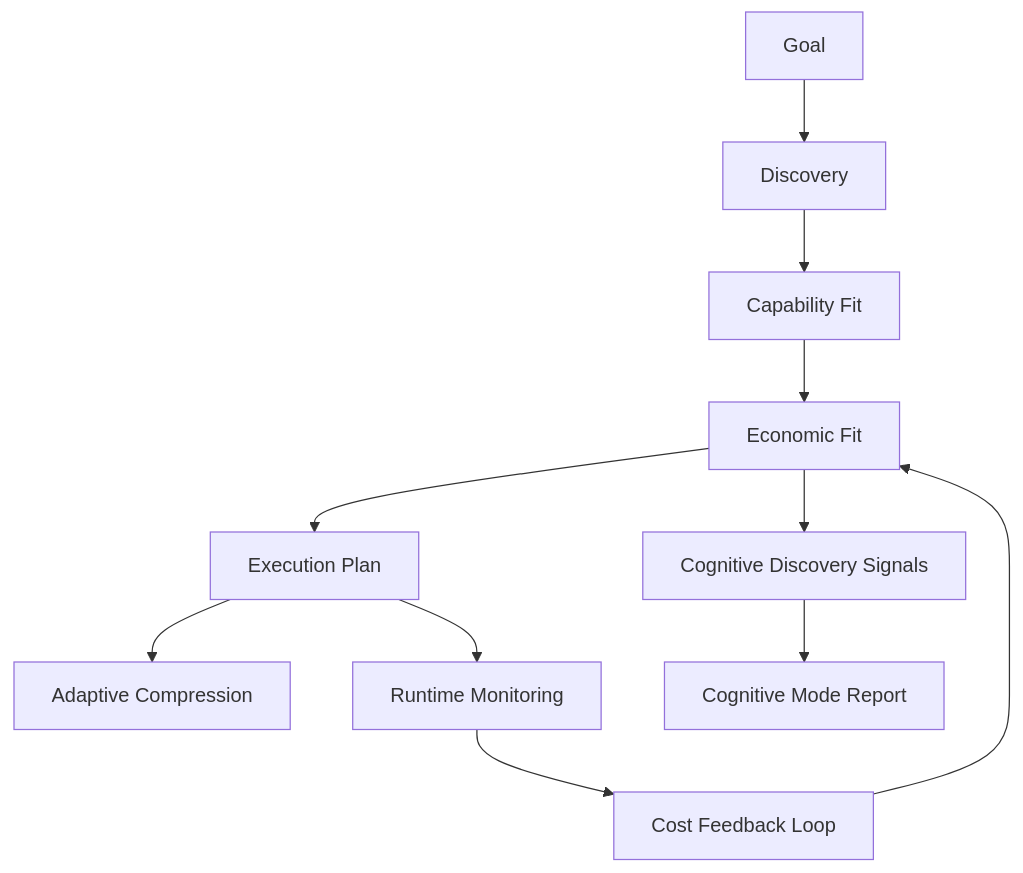
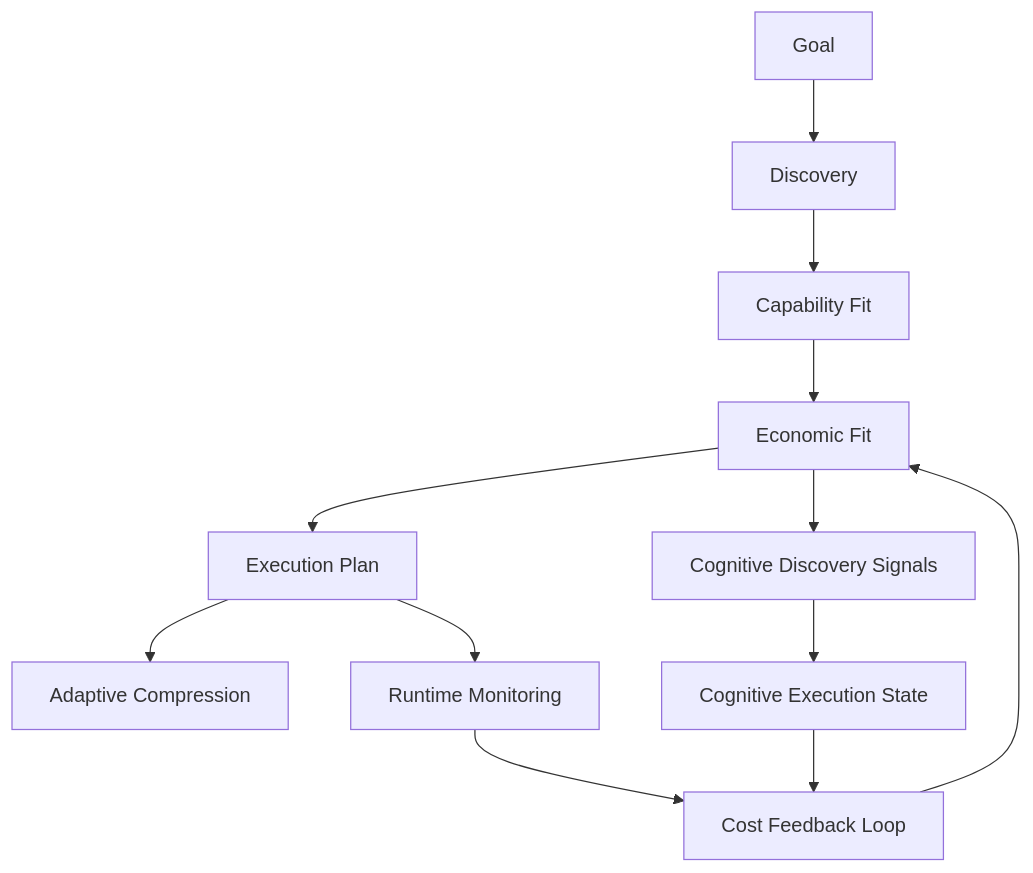
The diagram in plans/active/2026-05-27-1557-tool-runtime-signal-economics-integration.md (linyihong/ai-skill), drawn with Mermaid before and after one commit. The commit also changed other lines of this file, not shown here.

First line of the commit message:
docs(plans): integrate cognitive state economics

````diff
--- a/plans/active/2026-05-27-1557-tool-runtime-signal-economics-integration.md
+++ b/plans/active/2026-05-27-1557-tool-runtime-signal-economics-integration.md
@@ -131,13 +151,14 @@
 ```mermaid
 flowchart TD
   goal["Goal"] --> discovery["Discovery"]
   discovery --> capabilityFit["Capability Fit"]
   capabilityFit --> economicFit["Economic Fit"]
   economicFit --> executionPlan["Execution Plan"]
   executionPlan --> adaptiveCompression["Adaptive Compression"]
   executionPlan --> runtimeMonitoring["Runtime Monitoring"]
   runtimeMonitoring --> feedbackLoop["Cost Feedback Loop"]
   feedbackLoop --> economicFit
   economicFit --> cognitiveDiscovery["Cognitive Discovery Signals"]
-  cognitiveDiscovery --> cognitiveReport["Cognitive Mode Report"]
+  cognitiveDiscovery --> cognitiveState["Cognitive Execution State"]
+  cognitiveState --> feedbackLoop
 ```
````
